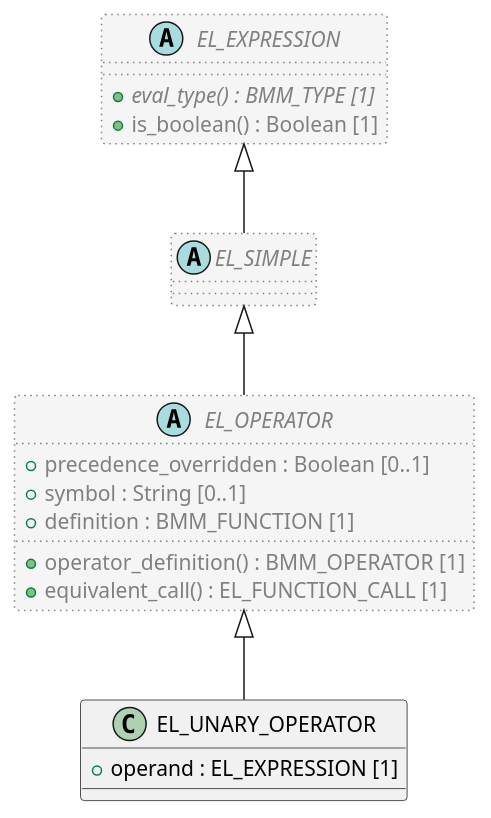
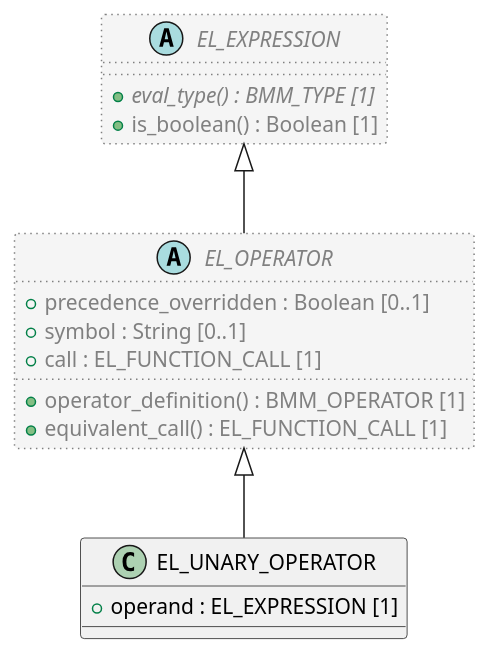
One commit to sebastian-iancu/code-generator changed the diagram in code/Adoc/openehr_lang_1.1.0/plantUML/classes/org.openehr.lang.bmm.el_unary_operator.adoc. Above: the diagram before and after it, drawn with PlantUML. The commit also changed 719 other files, not shown here.

```diff
--- a/code/Adoc/openehr_lang_1.1.0/plantUML/classes/org.openehr.lang.bmm.el_unary_operator.adoc
+++ b/code/Adoc/openehr_lang_1.1.0/plantUML/classes/org.openehr.lang.bmm.el_unary_operator.adoc
@@ -1,33 +1,28 @@
 [plantuml,EL_UNARY_OPERATOR,format=svg,svg-type="inline"]
 -----
 @startuml
 
 class EL_UNARY_OPERATOR {
   + operand : EL_EXPRESSION [1]
 }
 
 abstract class EL_OPERATOR  #whitesmoke;line:gray;line.dotted;text:gray {
   + precedence_overridden : Boolean [0..1]
   + symbol : String [0..1]
-  + definition : BMM_FUNCTION [1]
+  + call : EL_FUNCTION_CALL [1]
   + operator_definition() : BMM_OPERATOR [1]
   + equivalent_call() : EL_FUNCTION_CALL [1]
-}
-
-abstract class EL_SIMPLE  #whitesmoke;line:gray;line.dotted;text:gray {
 }
 
 abstract class EL_EXPRESSION  #whitesmoke;line:gray;line.dotted;text:gray {
   + {abstract} eval_type() : BMM_TYPE [1]
   + is_boolean() : Boolean [1]
 }
 
-EL_EXPRESSION <|-- EL_SIMPLE
-
-EL_SIMPLE <|-- EL_OPERATOR
+EL_EXPRESSION <|-- EL_OPERATOR
 
 EL_OPERATOR <|-- EL_UNARY_OPERATOR
 
 
 @enduml
 -----
```
